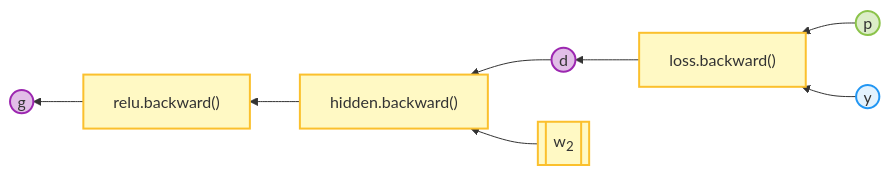
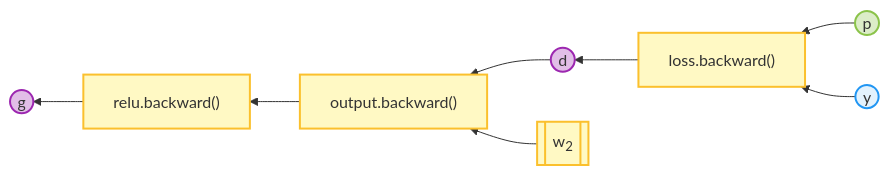
One commit to GPTmini/GPTmini changed the diagram in mermaid-scripts/01-layer-relu-backward.mmd. Above: the diagram before and after it, drawn with Mermaid. The commit also changed 7 other files, not shown here.

```diff
--- a/mermaid-scripts/01-layer-relu-backward.mmd
+++ b/mermaid-scripts/01-layer-relu-backward.mmd
@@ -1,12 +1,12 @@
 flowchart RL
     classDef in fill:#E3F2FD,stroke:#2196F3,stroke-width:2px;
     classDef model fill:#FFF9C4,stroke:#FBC02D,stroke-width:2px;
     classDef data fill:#E1BEE7,stroke:#9C27B0,stroke-width:2px;
     classDef test fill:#F8BBD0,stroke:#E91E63,stroke-width:2px;
     classDef out fill:#DCEDC8,stroke:#8BC34A,stroke-width:2px;
     classDef skip stroke:#B0BEC5,stroke-width:2px,stroke-dasharray: 5 5;
 
     P((p)):::out --> G1["loss.backward()"]:::model --> og((d)):::data
-    og --> G2["hidden.backward()"]:::model --> RB["relu.backward()"]:::model --> hg((g)):::data
+    og --> G2["output.backward()"]:::model --> RB["relu.backward()"]:::model --> hg((g)):::data
     Y((y)):::in --> G1
     W2[[w<sub>2</sub>]]:::model --> G2
```
